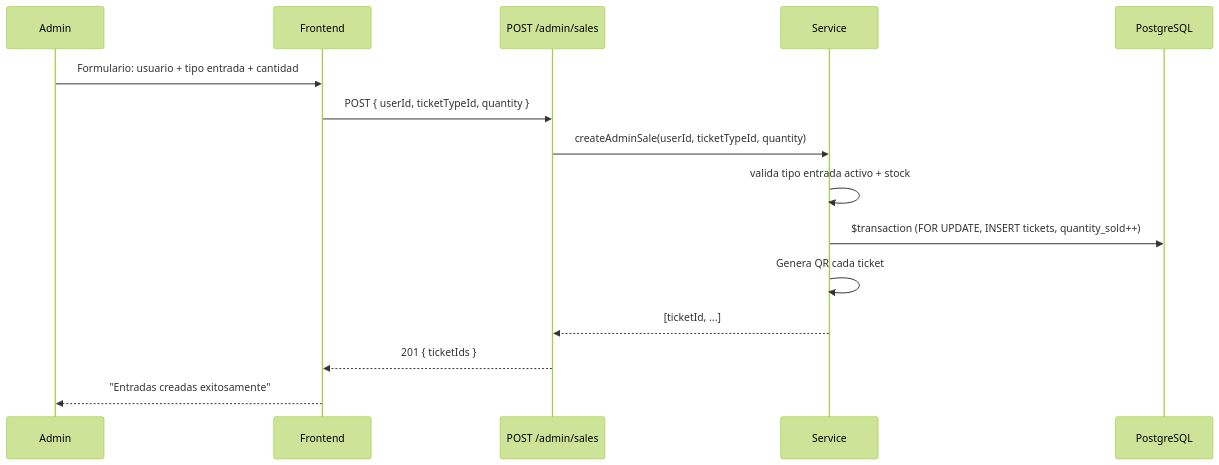
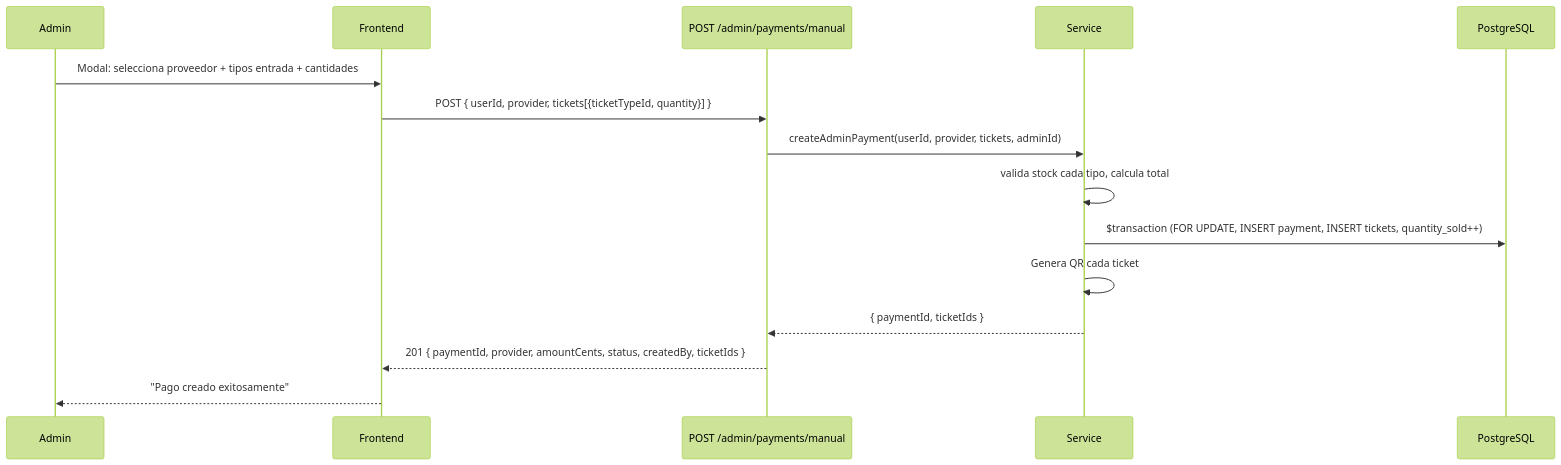
Before and after one commit to User281167/venta-de-tickets: the fifth of 5 diagrams in backend/src/modules/admins/README.md, drawn with Mermaid (forest theme). The commit also changed other lines of this file and 15 other files, not shown here.

Commit message:
feat: remover /sales solo permitia agregar un pago, agregar /payments/manual trazabilidad de quien hizo la venta, multiples tipos y cantidad de de entradas al usuario venta manual o regalo

````diff
--- a/backend/src/modules/admins/README.md
+++ b/backend/src/modules/admins/README.md
@@ -152,18 +152,18 @@
 ```mermaid
 sequenceDiagram
     participant A as Admin
     participant FE as Frontend
-    participant API as POST /admin/sales
+    participant API as POST /admin/payments/manual
     participant S as Service
     participant DB as PostgreSQL
 
-    A->>FE: Formulario: usuario + tipo entrada + cantidad
-    FE->>API: POST { userId, ticketTypeId, quantity }
-    API->>S: createAdminSale(userId, ticketTypeId, quantity)
-    S->>S: valida tipo entrada activo + stock
-    S->>DB: $transaction (FOR UPDATE, INSERT tickets, quantity_sold++)
+    A->>FE: Modal: selecciona proveedor + tipos entrada + cantidades
+    FE->>API: POST { userId, provider, tickets[{ticketTypeId, quantity}] }
+    API->>S: createAdminPayment(userId, provider, tickets, adminId)
+    S->>S: valida stock cada tipo, calcula total
+    S->>DB: $transaction (FOR UPDATE, INSERT payment, INSERT tickets, quantity_sold++)
     S->>S: Genera QR cada ticket
-    S-->>API: [ticketId, ...]
-    API-->>FE: 201 { ticketIds }
-    FE-->>A: "Entradas creadas exitosamente"
+    S-->>API: { paymentId, ticketIds }
+    API-->>FE: 201 { paymentId, provider, amountCents, status, createdBy, ticketIds }
+    FE-->>A: "Pago creado exitosamente"
 ```
````
